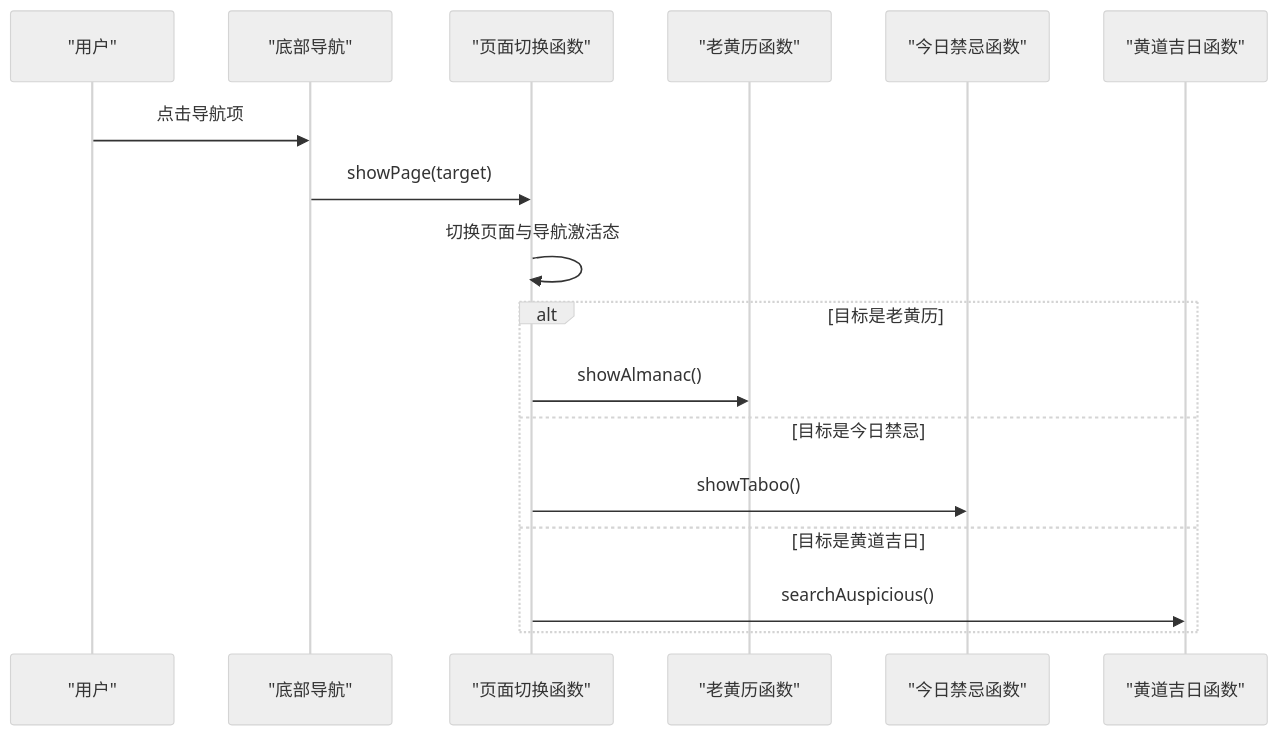
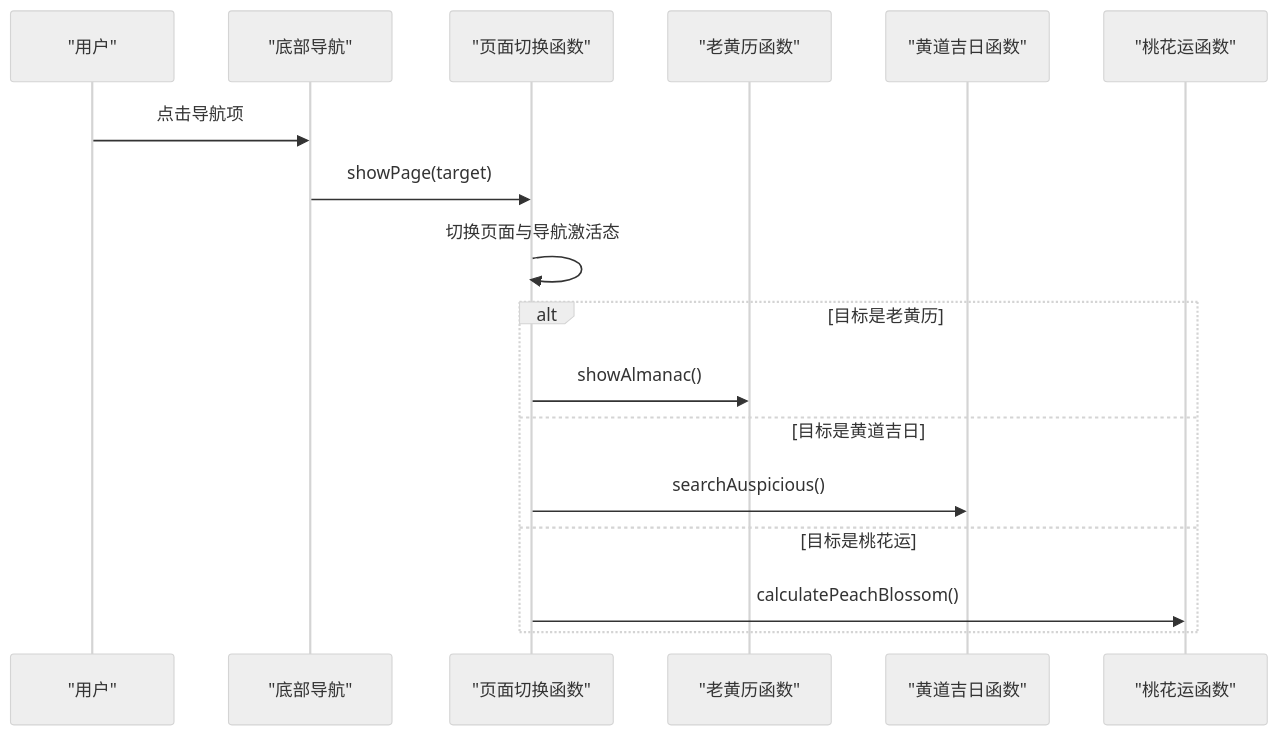
One commit to liudaba/Mysterious-Fate-Theory-One-Test-Knows changed the third of 9 diagrams in .qoder/repowiki/zh/content/网页应用主文件.md. Above: the diagram before and after it, drawn with Mermaid (neutral theme). The commit also changed other lines of this file and 4 other files, not shown here.

````diff
--- a/.qoder/repowiki/zh/content/网页应用主文件.md
+++ b/.qoder/repowiki/zh/content/网页应用主文件.md
@@ -143,19 +147,19 @@
 ```mermaid
 sequenceDiagram
 participant U as "用户"
 participant Nav as "底部导航"
 participant Page as "页面切换函数"
 participant Almanac as "老黄历函数"
-participant Taboo as "今日禁忌函数"
 participant Ausp as "黄道吉日函数"
+participant Peach as "桃花运函数"
 U->>Nav : 点击导航项
 Nav->>Page : showPage(target)
 Page->>Page : 切换页面与导航激活态
 alt 目标是老黄历
 Page->>Almanac : showAlmanac()
-else 目标是今日禁忌
-Page->>Taboo : showTaboo()
 else 目标是黄道吉日
 Page->>Ausp : searchAuspicious()
+else 目标是桃花运
+Page->>Peach : calculatePeachBlossom()
 end
 ```
````
